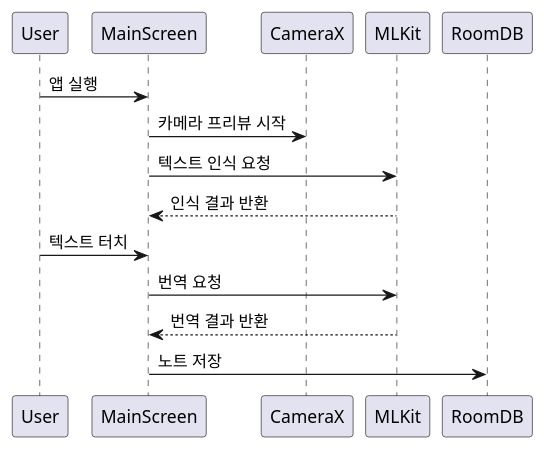
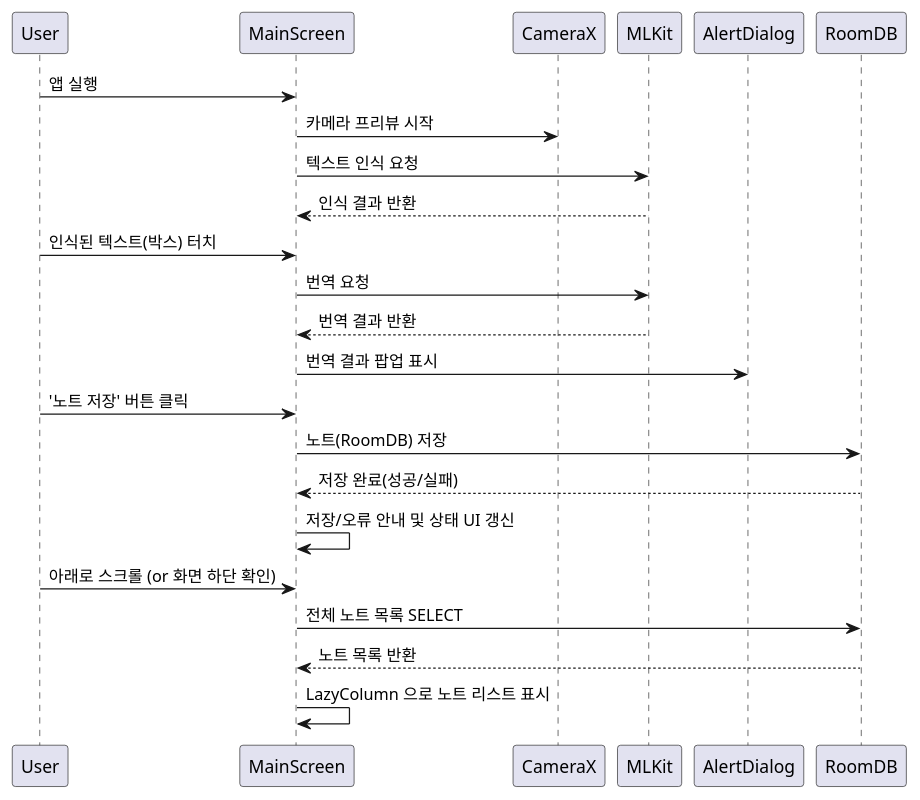
One commit to chr-kim/CodexLens changed the diagram in docs/Sequence.puml. Above: the diagram before and after it, drawn with PlantUML. The commit also changed 11 other files, not shown here.

First line of the commit message:
Docs: README 및 다이어그램 업데이트, KDoc 주석 추가

```diff
--- a/docs/Sequence.puml
+++ b/docs/Sequence.puml
@@ -1,10 +1,18 @@
 @startuml
 User -> MainScreen: 앱 실행
 MainScreen -> CameraX: 카메라 프리뷰 시작
 MainScreen -> MLKit: 텍스트 인식 요청
 MLKit --> MainScreen: 인식 결과 반환
-User -> MainScreen: 텍스트 터치
+User -> MainScreen: 인식된 텍스트(박스) 터치
 MainScreen -> MLKit: 번역 요청
 MLKit --> MainScreen: 번역 결과 반환
-MainScreen -> RoomDB: 노트 저장
+MainScreen -> AlertDialog: 번역 결과 팝업 표시
+User -> MainScreen: '노트 저장' 버튼 클릭
+MainScreen -> RoomDB: 노트(RoomDB) 저장
+RoomDB --> MainScreen: 저장 완료(성공/실패)
+MainScreen -> MainScreen: 저장/오류 안내 및 상태 UI 갱신
+User -> MainScreen: 아래로 스크롤 (or 화면 하단 확인)
+MainScreen -> RoomDB: 전체 노트 목록 SELECT
+RoomDB --> MainScreen: 노트 목록 반환
+MainScreen -> MainScreen: LazyColumn 으로 노트 리스트 표시
 @enduml
```
